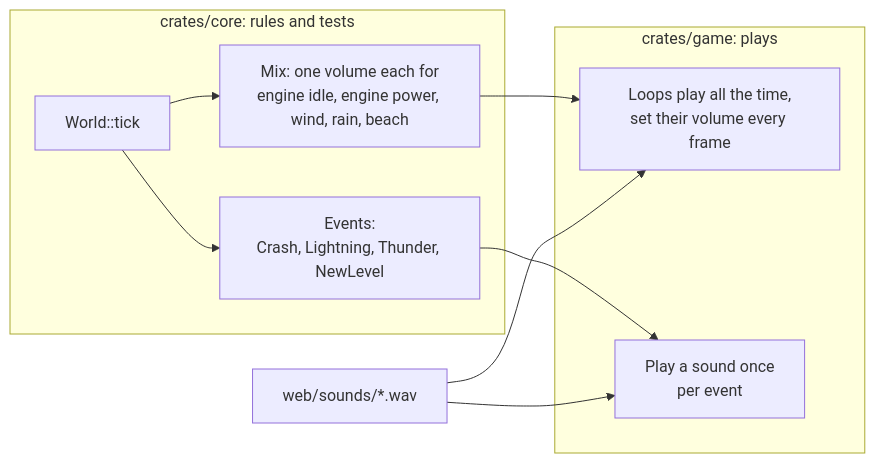
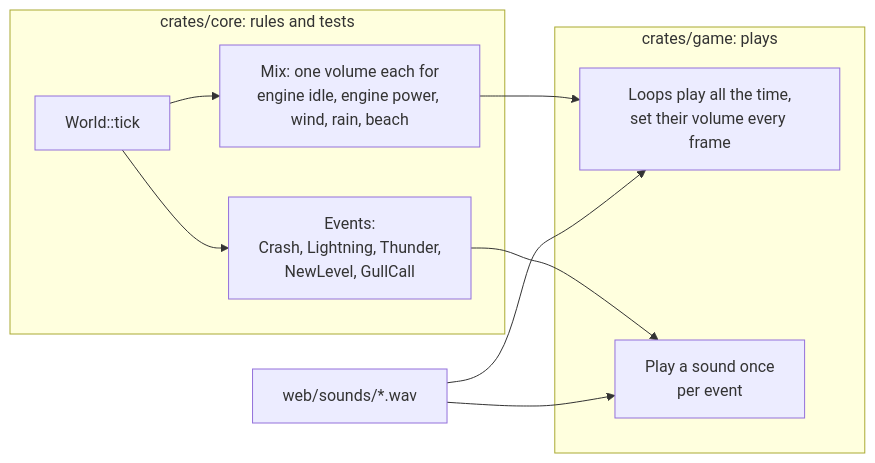
One commit to m0nstergamez/airplane-scoring changed the fourth of 9 diagrams in docs/content/en/develop.md. Above: the diagram before and after it, drawn with Mermaid. The commit also changed other lines of this file and 16 other files, not shown here.

````diff
--- a/docs/content/en/develop.md
+++ b/docs/content/en/develop.md
@@ -109,17 +109,17 @@
 ```mermaid
 flowchart LR
     subgraph core["crates/core: rules and tests"]
         W["World::tick"]
         M["Mix: one volume each for<br/>engine idle, engine power, wind, rain, beach"]
-        E["Events:<br/>Crash, Lightning, Thunder, NewLevel"]
+        E["Events:<br/>Crash, Lightning, Thunder,<br/>NewLevel, GullCall"]
     end
     subgraph game["crates/game: plays"]
         L["Loops play all the time,<br/>set their volume every frame"]
         O["Play a sound once<br/>per event"]
     end
     F["web/sounds/*.wav"]
     W --> M --> L
     W --> E --> O
     F --> L
     F --> O
 ```
````
